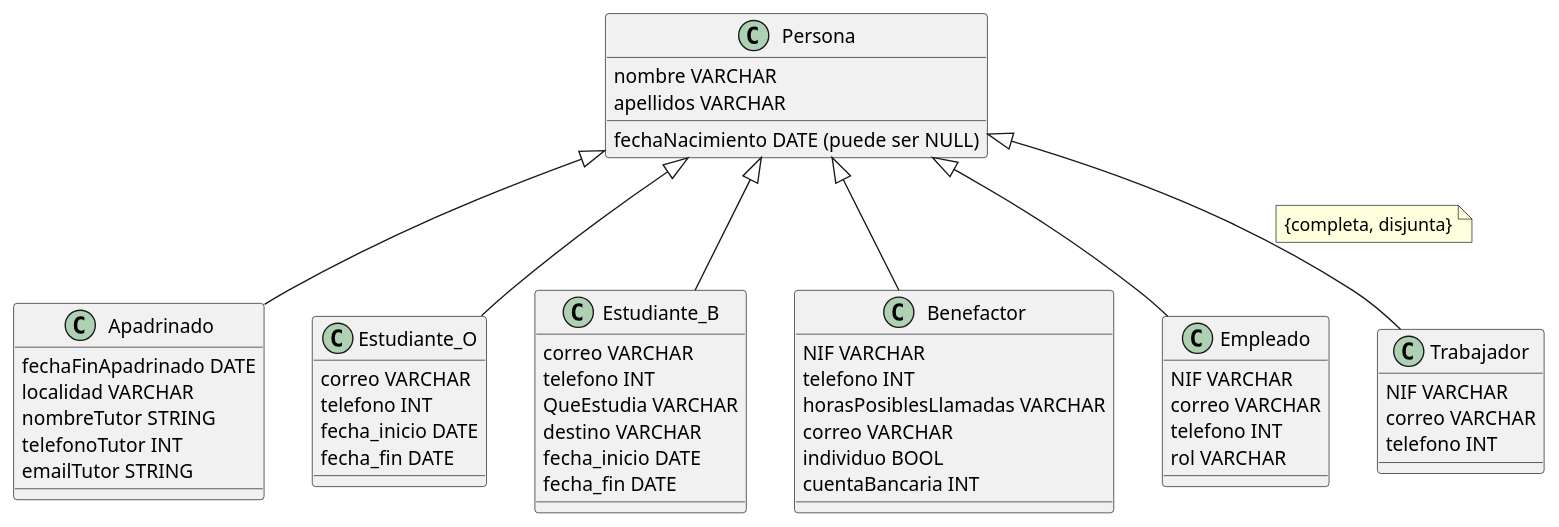
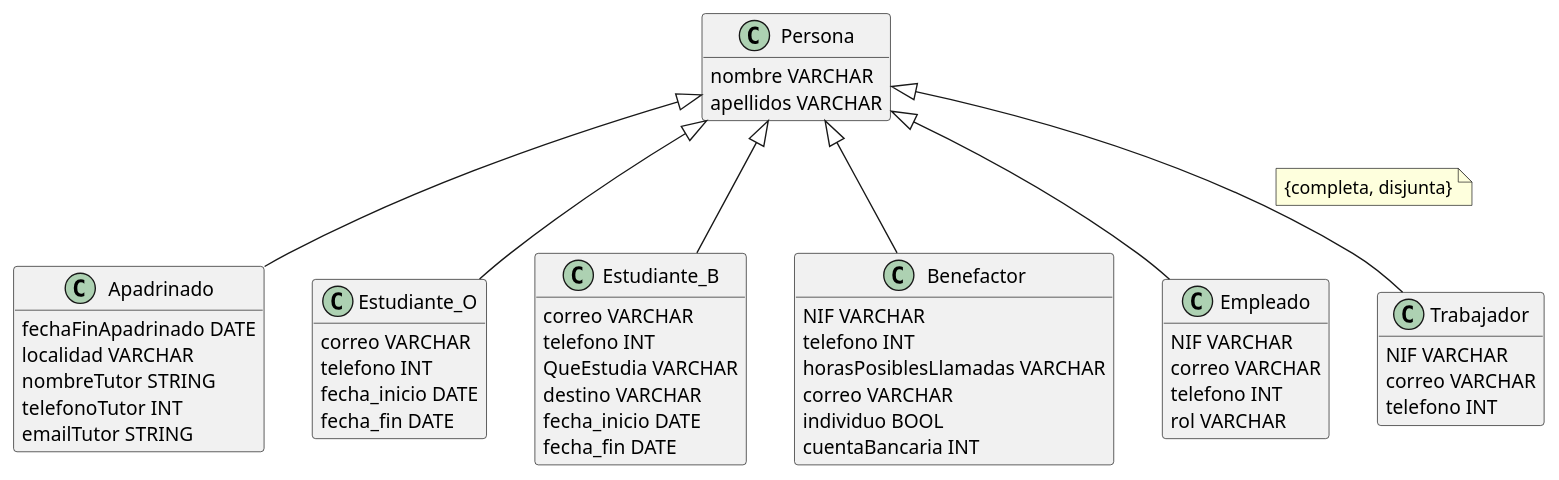
The diagram in modelo_conceptual /persona.puml (albporfer1-64/Grupo_Proyecto_DB), drawn with PlantUML before and after one commit.

Commit message:
Arreglo fallos del código de persona.puml

```diff
--- a/modelo_conceptual /persona.puml
+++ b/modelo_conceptual /persona.puml
@@ -1,62 +1,68 @@
+@startuml hola
+hide methods
+skinparam classAttributeIconSize 0
+
 class Persona{
     nombre VARCHAR
     apellidos VARCHAR
     fechaNacimiento DATE (puede ser NULL)
 }
 
 'Subclases de Persona:
 Persona <|-- Apadrinado
 Persona <|-- Estudiante_O
 Persona <|-- Estudiante_B
 Persona <|-- Benefactor
 Persona <|-- Empleado
 Persona <|-- Trabajador
 
 'Restricción de cobertura:
 note on link : {completa, disjunta}
 
 class Trabajador{
     NIF VARCHAR
     correo VARCHAR
     telefono INT
 }
 
 class Empleado{
     NIF VARCHAR
     correo VARCHAR
     telefono INT
     rol VARCHAR
 }
 
 class Benefactor{
     NIF VARCHAR
     telefono INT
     horasPosiblesLlamadas VARCHAR
     correo VARCHAR
     individuo BOOL
     cuentaBancaria INT
 }
 
 class Estudiante_B{
     correo VARCHAR
     telefono INT
     QueEstudia VARCHAR
     destino VARCHAR
     fecha_inicio DATE
     fecha_fin DATE
 }
 
 class Estudiante_O{
     correo VARCHAR
     telefono INT
     fecha_inicio DATE
     fecha_fin DATE
 }
 
 class Apadrinado{
     fechaFinApadrinado DATE
     localidad VARCHAR
     nombreTutor STRING
     telefonoTutor INT
     emailTutor STRING
 }
+
+@enduml
```
